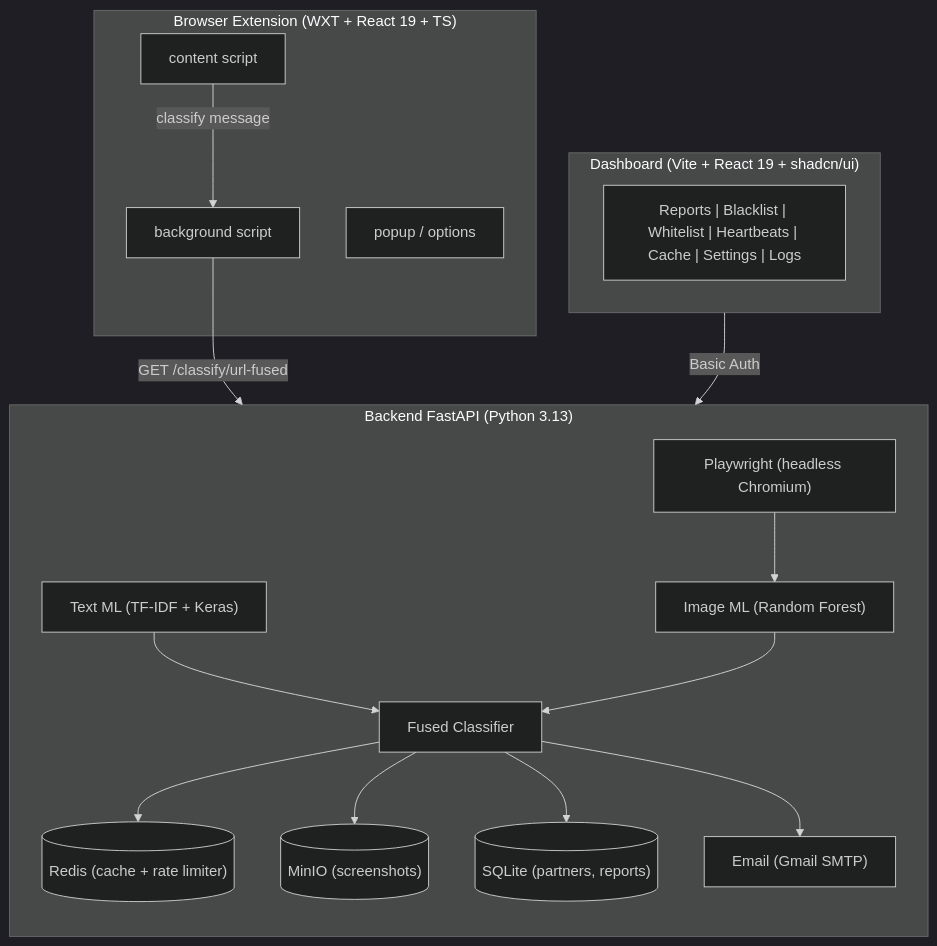
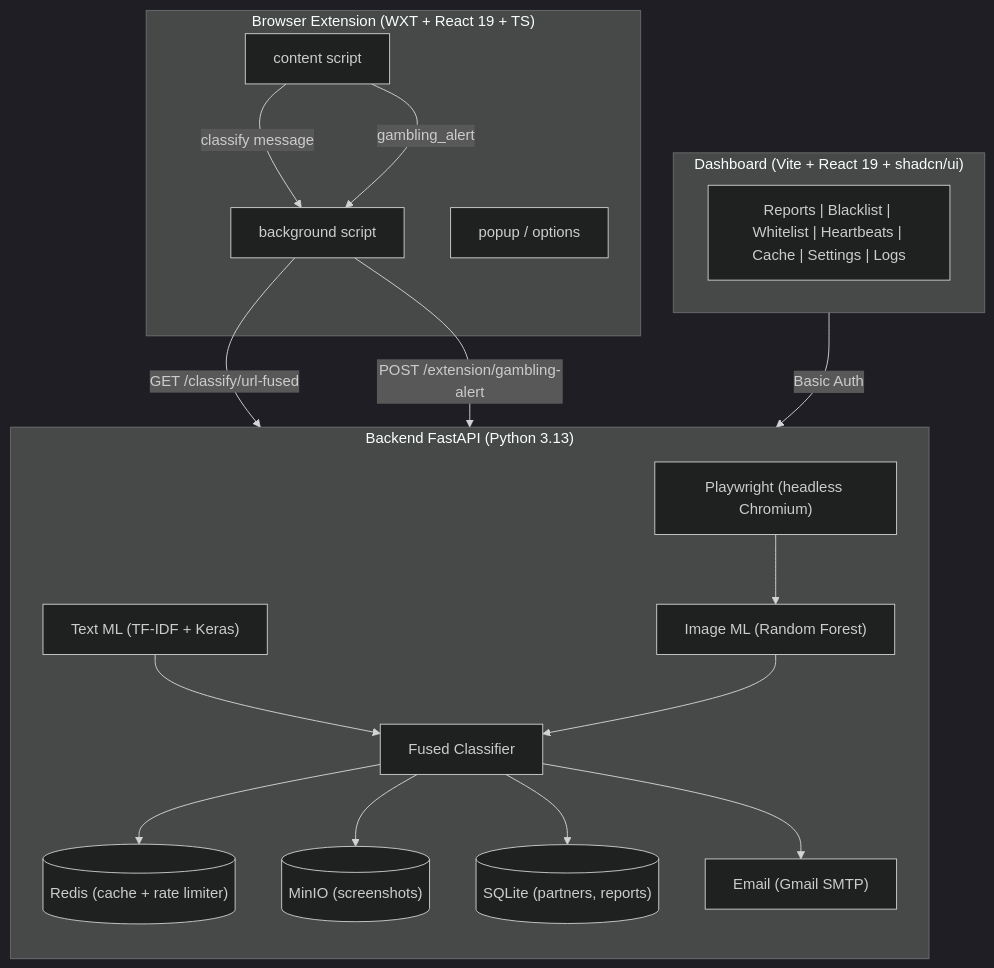
One commit to rizkyfauziilmi/gambling-blocker changed the diagram in README.en.md. Above: the diagram before and after it, drawn with Mermaid (dark theme). The commit also changed 1 other file, not shown here.

Commit message:
docs: update diagram arsitektur README dengan alur gambling_alert

````diff
--- a/README.en.md
+++ b/README.en.md
@@ -7,33 +7,35 @@
 ```mermaid
 flowchart TB
     subgraph Ext["Browser Extension (WXT + React 19 + TS)"]
         BG["background script"]
         CS["content script"]
         PP["popup / options"]
     end
     subgraph API["Backend FastAPI (Python 3.13)"]
         direction TB
         FC["Fused Classifier"]
         TXT["Text ML (TF-IDF + Keras)"]
         IMG["Image ML (Random Forest)"]
         RD[("Redis (cache + rate limiter)")]
         MQ[("MinIO (screenshots)")]
         PW["Playwright (headless Chromium)"]
         SQ[("SQLite (partners, reports)")]
         EM["Email (Gmail SMTP)"]
         TXT --> FC
         IMG --> FC
         PW --> IMG
     end
     subgraph DASH["Dashboard (Vite + React 19 + shadcn/ui)"]
         TABS["Reports | Blacklist | Whitelist | Heartbeats | Cache | Settings | Logs"]
     end
 
     CS -->|"classify message"| BG
+    CS -->|"gambling_alert"| BG
     BG -->|"GET /classify/url-fused"| FC
+    BG -->|"POST /extension/gambling-alert"| EM
     DASH -->|"Basic Auth"| API
     FC --> RD
     FC --> MQ
     FC --> SQ
     FC --> EM
 ```
````
